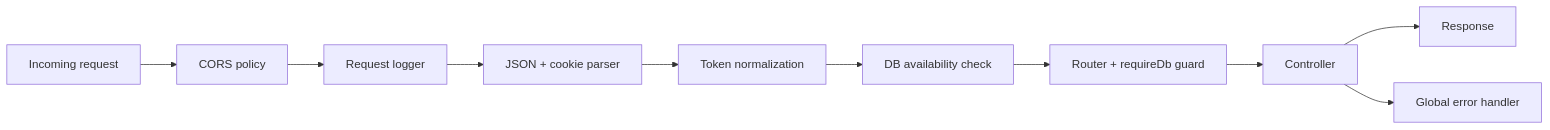
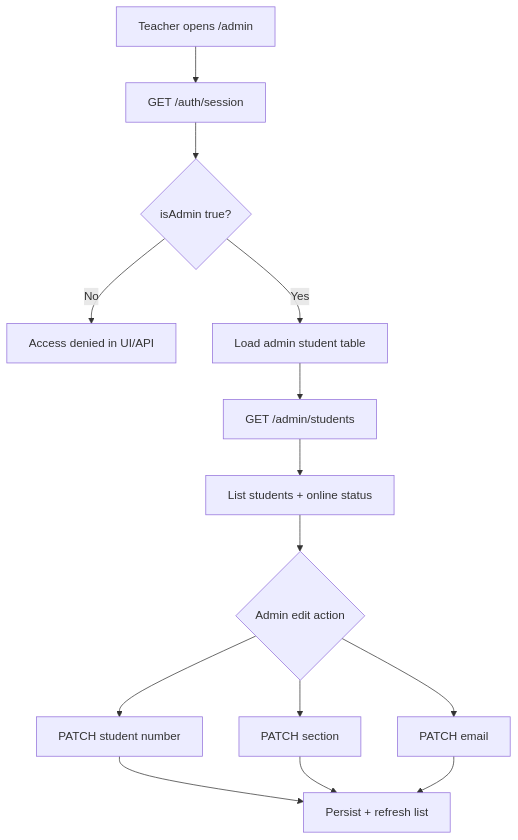
Before and after one commit to jhonkeithman123/digital-portfolio-system: the eighth of 9 diagrams in docs/FLOWCHART.md, drawn with Mermaid. The commit also changed other lines of this file, not shown here.

Commit message:
Updated the flowchart

````diff
--- a/docs/FLOWCHART.md
+++ b/docs/FLOWCHART.md
@@ -76,12 +138,19 @@
 ```mermaid
-flowchart LR
-  A[Incoming request] --> B[CORS policy]
-  B --> C[Request logger]
-  C --> D[JSON + cookie parser]
-  D --> E[Token normalization]
-  E --> F[DB availability check]
-  F --> G[Router + requireDb guard]
-  G --> H[Controller]
-  H --> I[Response]
-  H --> J[Global error handler]
+flowchart TD
+  A[Teacher opens /admin] --> B[GET /auth/session]
+  B --> C{isAdmin true?}
+  C -- No --> D[Access denied in UI/API]
+  C -- Yes --> E[Load admin student table]
+
+  E --> F[GET /admin/students]
+  F --> G[List students + online status]
+
+  G --> H{Admin edit action}
+  H --> I[PATCH student number]
+  H --> J[PATCH section]
+  H --> K[PATCH email]
+
+  I --> L[Persist + refresh list]
+  J --> L
+  K --> L
 ```
````
